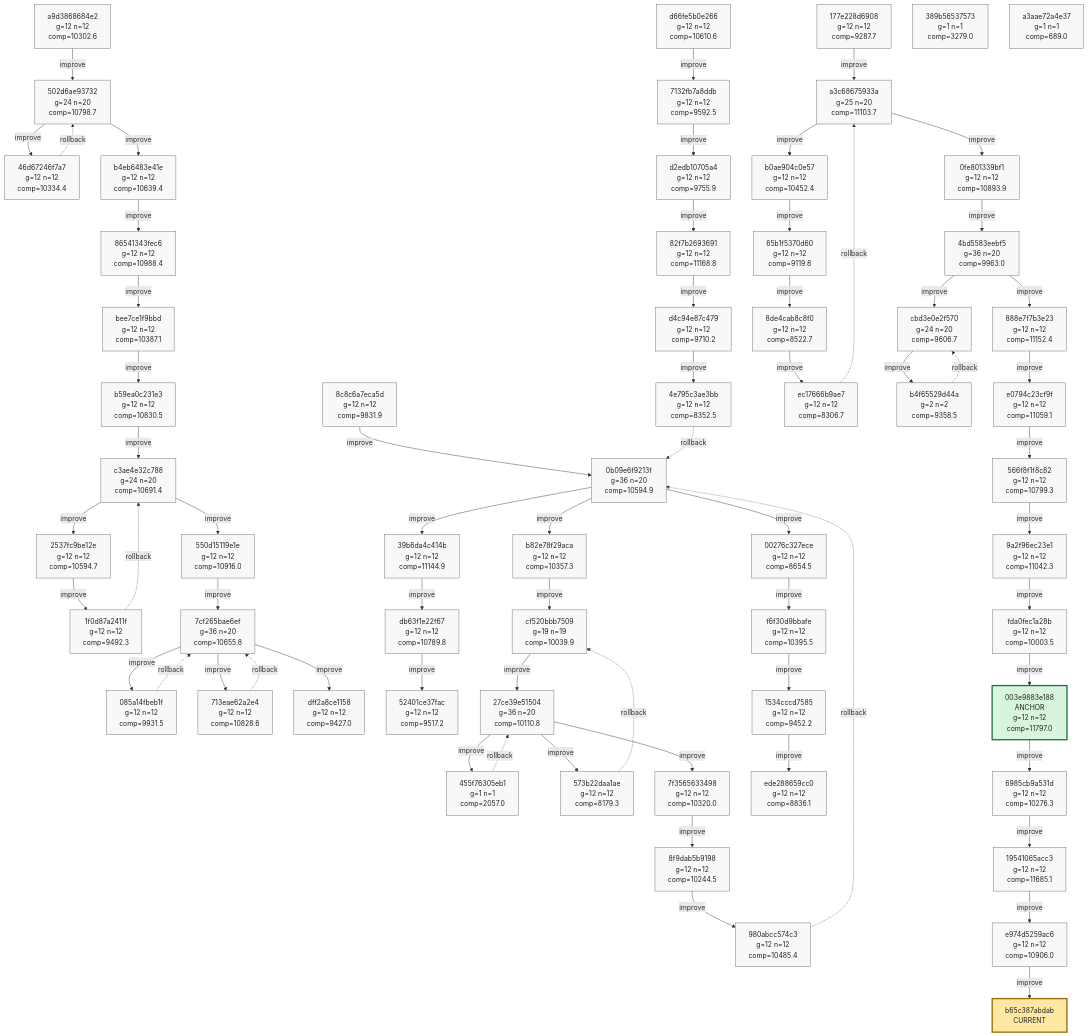
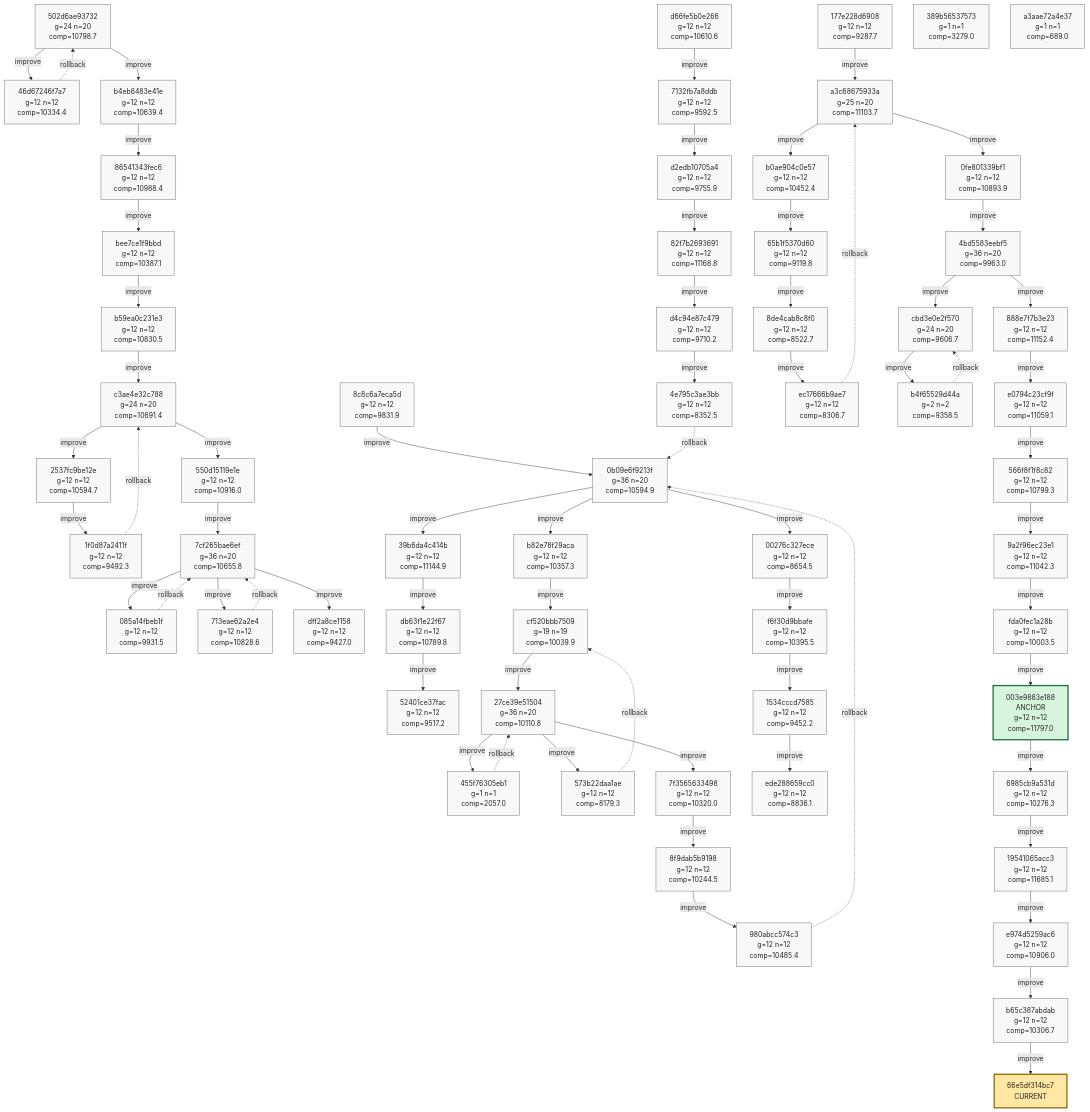
One commit to azumag/soviet_now changed the first of 10 diagrams in phyrogenetic-tree.md. Above: the diagram before and after it, drawn with Mermaid. The commit also changed other lines of this file and 2 other files, not shown here.

Commit message:
eloop Improve after 12 games (scores: 10947 11340 10731 14938 10723 8498 7687 9910 8046 11544 11055 10994)

````diff
--- a/phyrogenetic-tree.md
+++ b/phyrogenetic-tree.md
@@ -16,6 +16,5 @@
 ```mermaid
 flowchart TD
-    h_a9d3868684e2["a9d3868684e2<br/>g=12 n=12<br/>comp=10302.6"]
     h_502d6ae93732["502d6ae93732<br/>g=24 n=20<br/>comp=10798.7"]
     h_46d67246f7a7["46d67246f7a7<br/>g=12 n=12<br/>comp=10334.4"]
     h_b4eb6483e41e["b4eb6483e41e<br/>g=12 n=12<br/>comp=10639.4"]
@@ -72,11 +71,11 @@
     h_6985cb9a531d["6985cb9a531d<br/>g=12 n=12<br/>comp=10276.3"]
     h_19541065acc3["19541065acc3<br/>g=12 n=12<br/>comp=11685.1"]
     h_e974d5259ac6["e974d5259ac6<br/>g=12 n=12<br/>comp=10906.0"]
+    h_b65c387abdab["b65c387abdab<br/>g=12 n=12<br/>comp=10306.7"]
     h_389b56537573["389b56537573<br/>g=1 n=1<br/>comp=3279.0"]
     h_a3aae72a4e37["a3aae72a4e37<br/>g=1 n=1<br/>comp=689.0"]
-    h_b65c387abdab["b65c387abdab<br/>CURRENT"]
+    h_66e5df314bc7["66e5df314bc7<br/>CURRENT"]
 
-    h_a9d3868684e2 -->|improve| h_502d6ae93732
     h_502d6ae93732 -->|improve| h_46d67246f7a7
     h_46d67246f7a7 -. rollback .-> h_502d6ae93732
     h_502d6ae93732 -->|improve| h_b4eb6483e41e
@@ -140,13 +139,13 @@
     h_6985cb9a531d -->|improve| h_19541065acc3
     h_19541065acc3 -->|improve| h_e974d5259ac6
     h_e974d5259ac6 -->|improve| h_b65c387abdab
+    h_b65c387abdab -->|improve| h_66e5df314bc7
 
     classDef plain fill:#f8f8f8,stroke:#666,stroke-width:1px,color:#222;
     classDef current fill:#ffe8a3,stroke:#9a6700,stroke-width:3px,color:#222;
     classDef anchor fill:#d7f5dd,stroke:#1f6f43,stroke-width:3px,color:#222;
     classDef current_anchor fill:#f3e4a8,stroke:#1f6f43,stroke-width:4px,color:#222;
 
-    class h_a9d3868684e2 plain;
     class h_502d6ae93732 plain;
     class h_46d67246f7a7 plain;
     class h_b4eb6483e41e plain;
@@ -203,7 +202,8 @@
     class h_6985cb9a531d plain;
     class h_19541065acc3 plain;
     class h_e974d5259ac6 plain;
+    class h_b65c387abdab plain;
     class h_389b56537573 plain;
     class h_a3aae72a4e37 plain;
-    class h_b65c387abdab current;
+    class h_66e5df314bc7 current;
 ```
````
